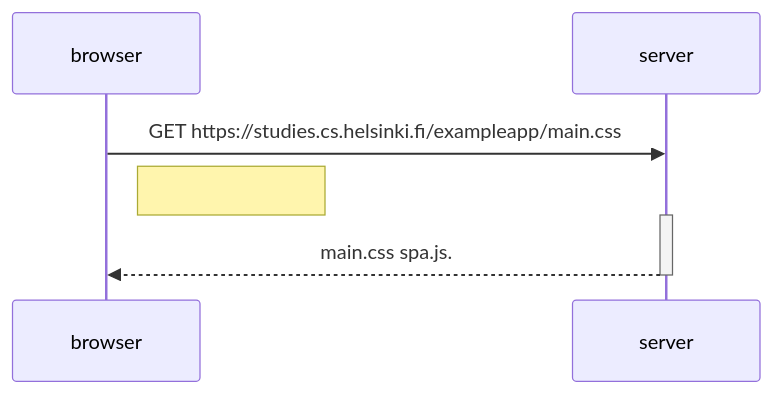
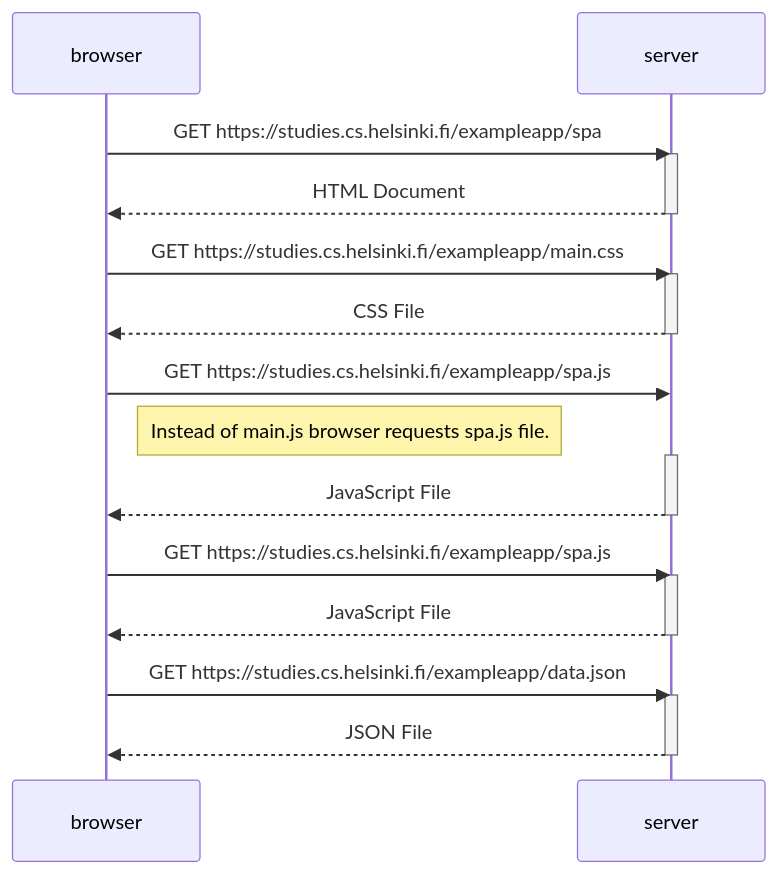
Before and after one commit to tkartasl/full_stack_open: the diagram in osa0/0.5_single_page_app.md, drawn with Mermaid.

````diff
--- a/osa0/0.5_single_page_app.md
+++ b/osa0/0.5_single_page_app.md
@@ -1,11 +1,31 @@
 ```mermaid
 sequenceDiagram
   participant browser
   participant server
 
+  browser->>server: GET https://studies.cs.helsinki.fi/exampleapp/spa
+  activate server
+  server-->>browser: HTML Document
+  deactivate server
+
   browser->>server: GET https://studies.cs.helsinki.fi/exampleapp/main.css
-  Note right of browser: 
   activate server
-  server-->>browser: main.css spa.js.
+  server-->>browser: CSS File
+  deactivate server
+
+  browser->>server: GET https://studies.cs.helsinki.fi/exampleapp/spa.js
+  Note right of browser: Instead of main.js browser requests spa.js file.
+  activate server
+  server-->>browser: JavaScript File
+  deactivate server
+
+  browser->>server: GET https://studies.cs.helsinki.fi/exampleapp/spa.js
+  activate server
+  server-->>browser: JavaScript File
+  deactivate server
+
+  browser->>server: GET https://studies.cs.helsinki.fi/exampleapp/data.json
+  activate server
+  server-->>browser: JSON File
   deactivate server
 ```
````
